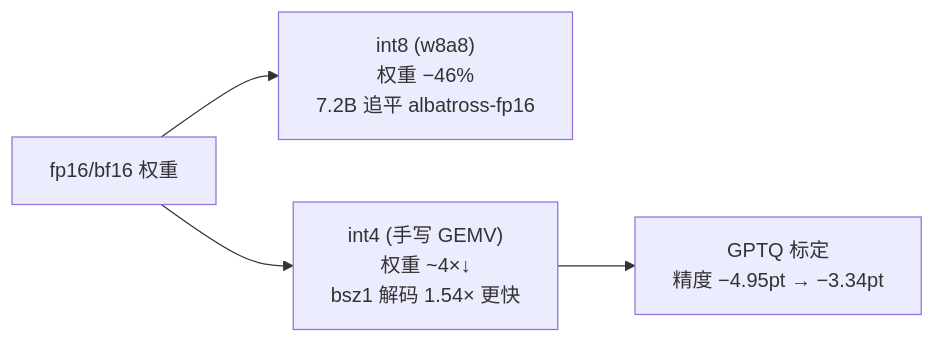
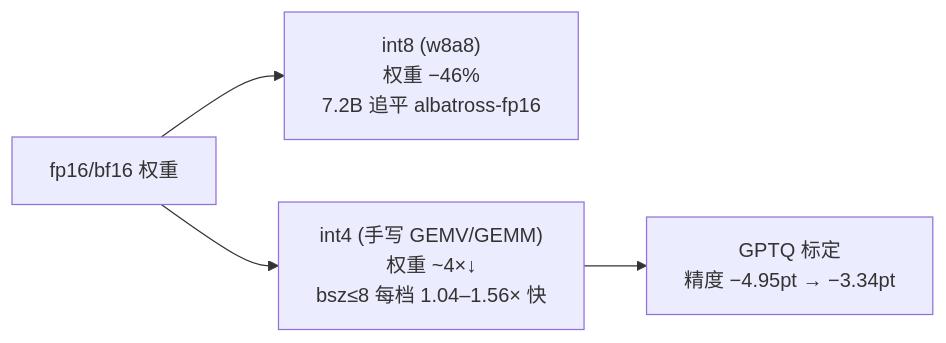
One commit to Hakureirm/rwkv-sglang changed the third of 3 diagrams in docs/human/README.md. Above: the diagram before and after it, drawn with Mermaid. The commit also changed other lines of this file and 17 other files, not shown here.

````diff
--- a/docs/human/README.md
+++ b/docs/human/README.md
@@ -167,6 +167,6 @@
 ```mermaid
 flowchart LR
     W["fp16/bf16 权重"] --> I8["int8 (w8a8)<br/>权重 −46%<br/>7.2B 追平 albatross-fp16"]
-    W --> I4["int4 (手写 GEMV)<br/>权重 ~4×↓<br/>bsz1 解码 1.54× 更快"]
+    W --> I4["int4 (手写 GEMV/GEMM)<br/>权重 ~4×↓<br/>bsz≤8 每档 1.04–1.56× 快"]
     I4 --> G["GPTQ 标定<br/>精度 −4.95pt → −3.34pt"]
 ```
````
